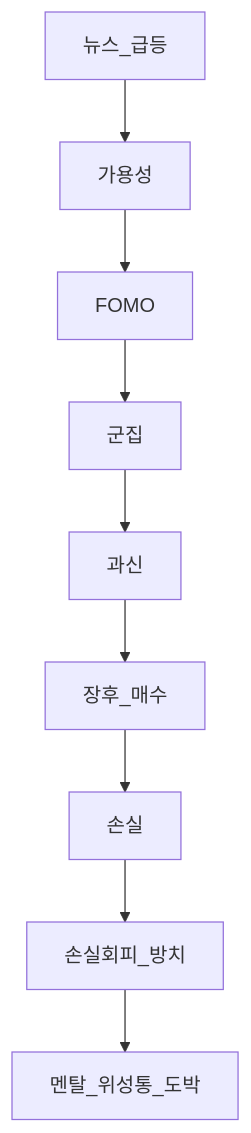
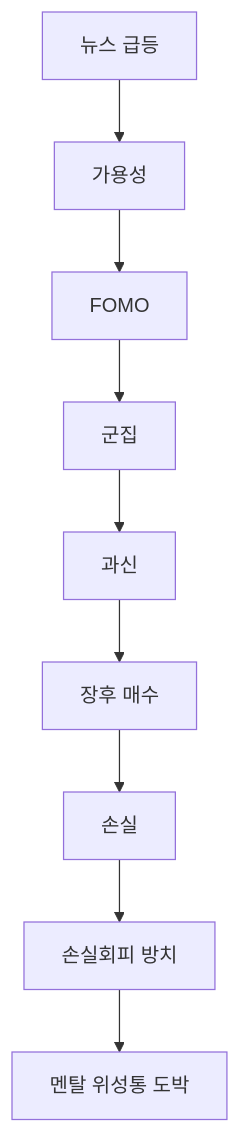
One commit to goldanghenry/Finances changed diagram 13 of 13 in 05-behavioral/behavioral-finance-complete.md. Above: the diagram before and after it, drawn with Mermaid. The commit also changed other lines of this file and 211 other files, not shown here.

````diff
--- a/05-behavioral/behavioral-finance-complete.md
+++ b/05-behavioral/behavioral-finance-complete.md
@@ -478,11 +1249,11 @@
 ```mermaid
 flowchart TD
-  News[뉴스_급등] --> Avail[가용성]
+  News["뉴스 급등"] --> Avail[가용성]
   Avail --> FOMO[FOMO]
   FOMO --> Herd[군집]
   Herd --> Over[과신]
-  Over --> Trade[장후_매수]
+  Over --> Trade["장후 매수"]
   Trade --> Loss[손실]
-  Loss --> LA[손실회피_방치]
-  LA --> MA[멘탈_위성통_도박]
+  Loss --> LA["손실회피 방치"]
+  LA --> MA["멘탈 위성통 도박"]
 ```
````
